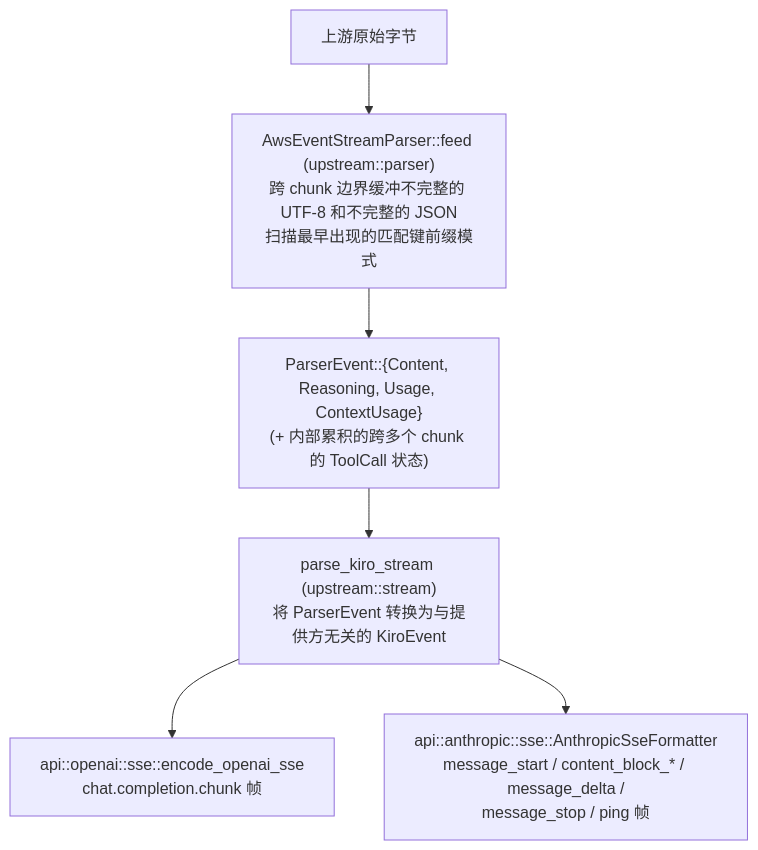
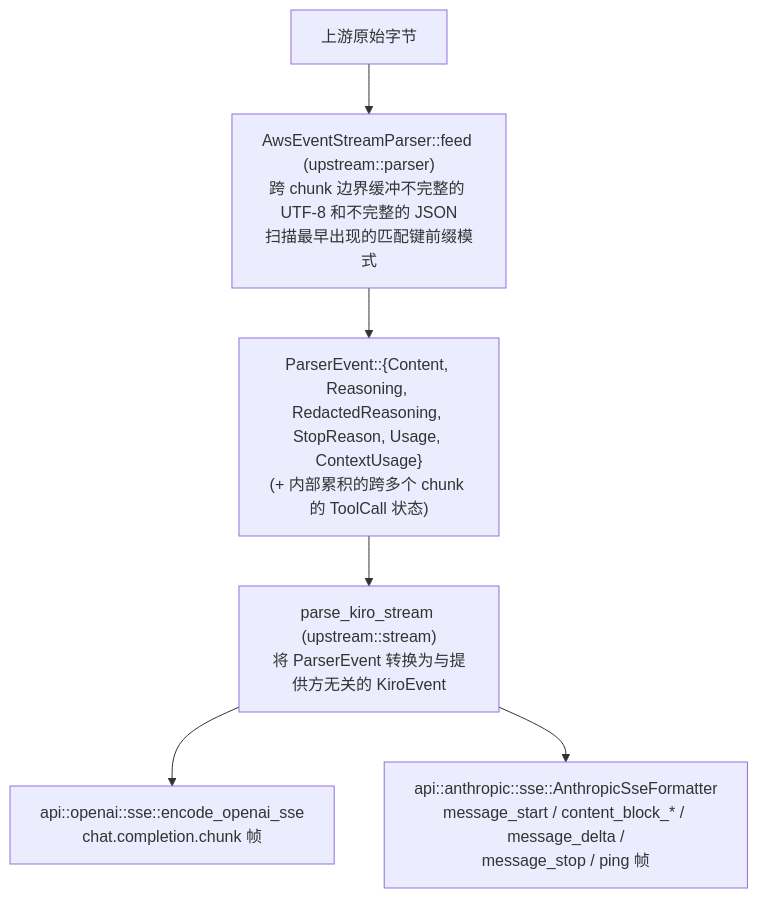
One commit to dennis0700/Lanius changed the first of 2 diagrams in docs/zh-CN/streaming.md. Above: the diagram before and after it, drawn with Mermaid. The commit also changed other lines of this file and 45 other files, not shown here.

````diff
--- a/docs/zh-CN/streaming.md
+++ b/docs/zh-CN/streaming.md
@@ -7,15 +7,15 @@
 ```mermaid
 flowchart TD
     raw["上游原始字节"]
     feed["AwsEventStreamParser::feed (upstream::parser)<br/>跨 chunk 边界缓冲不完整的 UTF-8 和不完整的 JSON<br/>扫描最早出现的匹配键前缀模式"]
-    events["ParserEvent::{Content, Reasoning, Usage, ContextUsage}<br/>(+ 内部累积的跨多个 chunk 的 ToolCall 状态)"]
+    events["ParserEvent::{Content, Reasoning, RedactedReasoning, StopReason, Usage, ContextUsage}<br/>(+ 内部累积的跨多个 chunk 的 ToolCall 状态)"]
     parse_stream["parse_kiro_stream (upstream::stream)<br/>将 ParserEvent 转换为与提供方无关的 KiroEvent"]
     openai_sse["api::openai::sse::encode_openai_sse<br/>chat.completion.chunk 帧"]
     anthropic_sse["api::anthropic::sse::AnthropicSseFormatter<br/>message_start / content_block_* / message_delta /<br/>message_stop / ping 帧"]
 
     raw --> feed
     feed --> events
     events --> parse_stream
     parse_stream --> openai_sse
     parse_stream --> anthropic_sse
 ```
````
